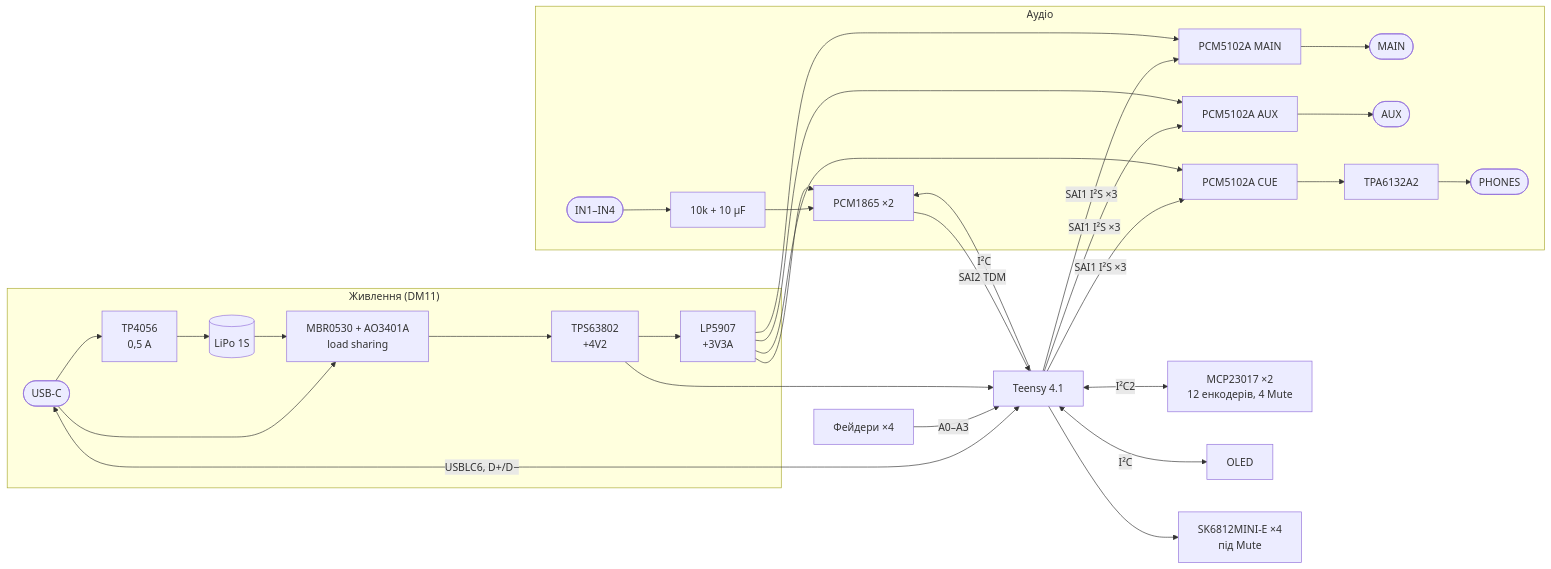
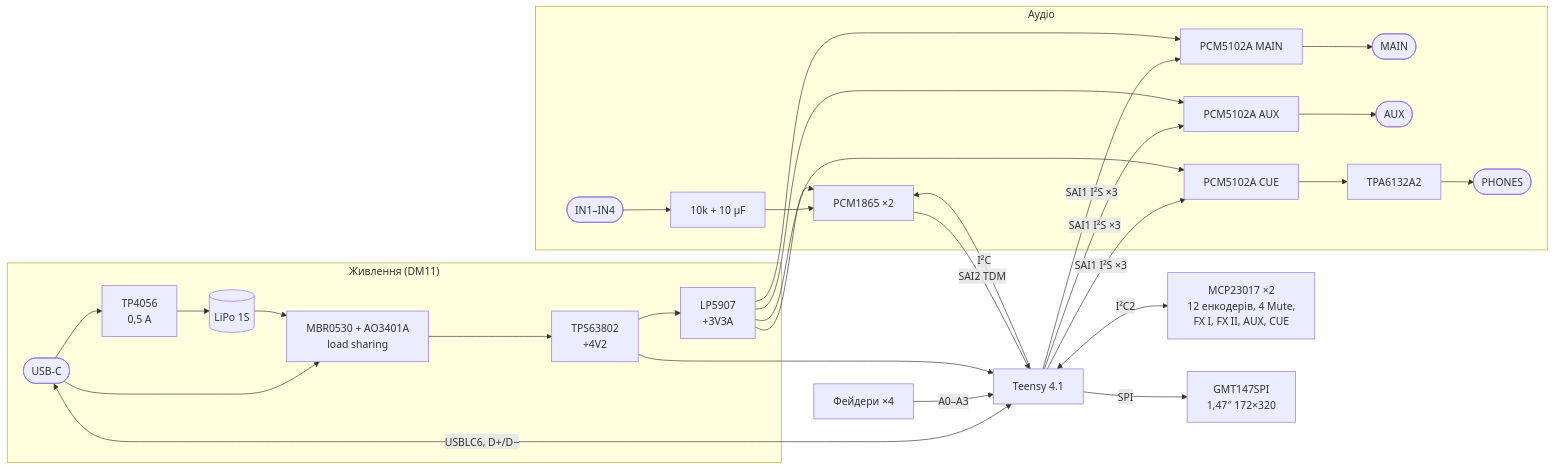
One commit to heartpolik/hardware-pocket-mixer changed the diagram in digital-mixer/docs/03-schematic.md. Above: the diagram before and after it, drawn with Mermaid. The commit also changed other lines of this file and 13 other files, not shown here.

First line of the commit message:
digital-mixer: дисплей GMT147SPI, кнопки TSF-1266, живлення кнопкою з фіксацією (DM16-DM18)

````diff
--- a/digital-mixer/docs/03-schematic.md
+++ b/digital-mixer/docs/03-schematic.md
@@ -11,26 +12,25 @@
 ```mermaid
 flowchart LR
     subgraph PWR["Живлення (DM11)"]
         USB(["USB-C"]) --> CHG["TP4056<br/>0,5 A"] --> BAT[("LiPo 1S")]
         USB --> LS["MBR0530 + AO3401A<br/>load sharing"]
         BAT --> LS --> BB["TPS63802<br/>+4V2"]
         BB --> LDO["LP5907<br/>+3V3A"]
     end
     subgraph AUD["Аудіо"]
         IN(["IN1–IN4"]) --> RC["10k + 10 µF"] --> ADC["PCM1865 ×2"]
         DAC1["PCM5102A MAIN"] --> OM(["MAIN"])
         DAC2["PCM5102A AUX"] --> OA(["AUX"])
         DAC3["PCM5102A CUE"] --> HP["TPA6132A2"] --> OP(["PHONES"])
     end
     T["Teensy 4.1"]
     ADC -->|"SAI2 TDM"| T
     T -->|"SAI1 I²S ×3"| DAC1 & DAC2 & DAC3
     USB <-->|"USBLC6, D+/D−"| T
-    T <-->|"I²C2"| MCP["MCP23017 ×2<br/>12 енкодерів, 4 Mute"]
-    T <-->|"I²C"| OLED["OLED"]
+    T <-->|"I²C2"| MCP["MCP23017 ×2<br/>12 енкодерів, 4 Mute,<br/>FX I, FX II, AUX, CUE"]
+    T -->|"SPI"| LCD["GMT147SPI<br/>1,47″ 172×320"]
     T -->|"I²C"| ADC
-    T --> LED["SK6812MINI-E ×4<br/>під Mute"]
     FAD["Фейдери ×4"] -->|"A0–A3"| T
     BB --> T
     LDO --> ADC & DAC1 & DAC2 & DAC3
 ```
````
